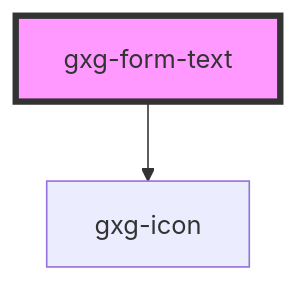
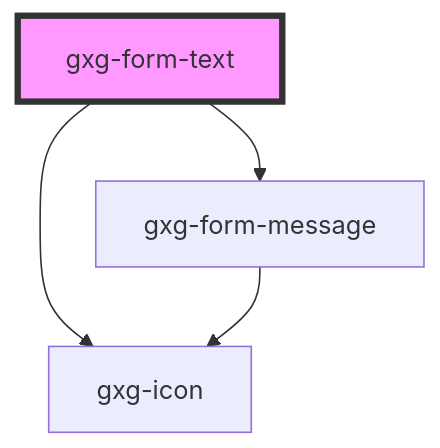
The diagram in src/components/form-text/readme.md (genexuslabs/gemini), drawn with Mermaid before and after one commit. The commit also changed other lines of this file and 9 other files, not shown here.

````diff
--- a/src/components/form-text/readme.md
+++ b/src/components/form-text/readme.md
@@ -39,5 +41,7 @@
 ```mermaid
 graph TD;
   gxg-form-text --> gxg-icon
+  gxg-form-text --> gxg-form-message
+  gxg-form-message --> gxg-icon
   style gxg-form-text fill:#f9f,stroke:#333,stroke-width:4px
 ```
````
